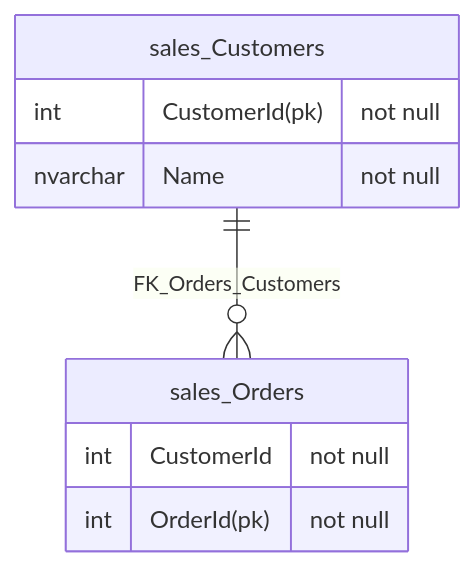
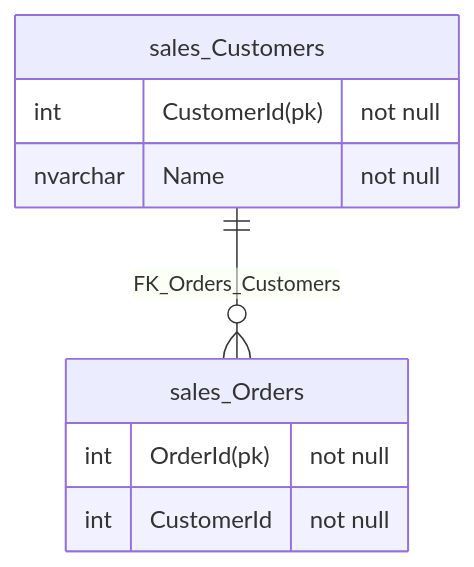
Before and after one commit to SimonCropp/DbToMermaid: the second of 2 diagrams in readme.md, drawn with Mermaid. The commit also changed other lines of this file and 3 other files, not shown here.

````diff
--- a/readme.md
+++ b/readme.md
@@ -324,12 +324,12 @@
 ```mermaid
 erDiagram
   sales_Customers {
     int CustomerId(pk) "not null"
     nvarchar Name "not null"
   }
   sales_Orders {
+    int OrderId(pk) "not null"
     int CustomerId "not null"
-    int OrderId(pk) "not null"
   }
   sales_Customers ||--o{ sales_Orders : "FK_Orders_Customers"
 ```
````
